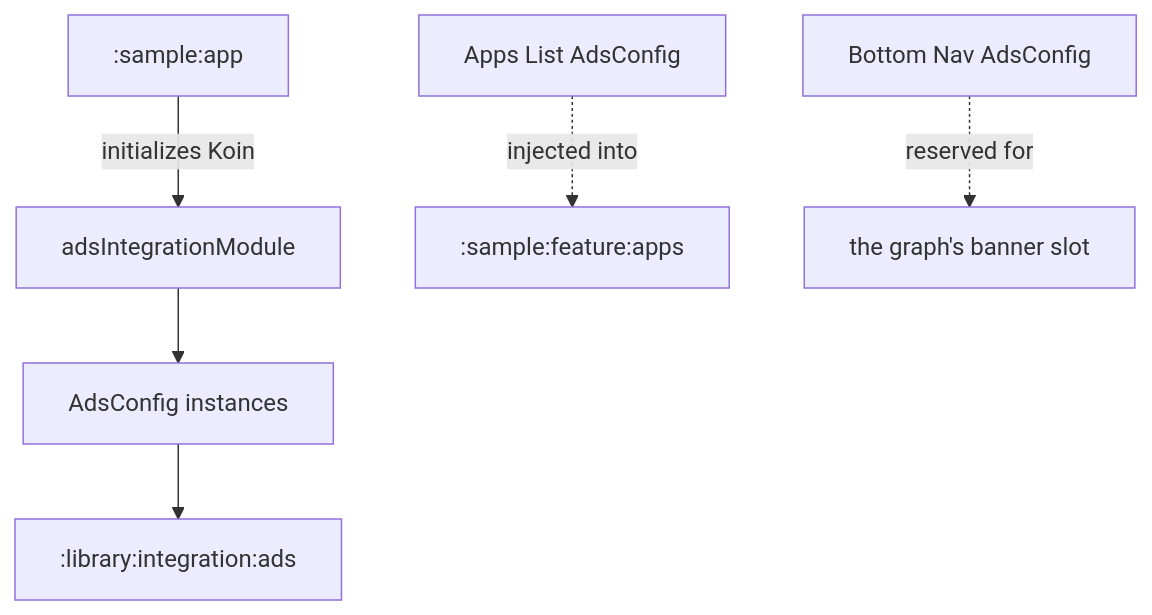
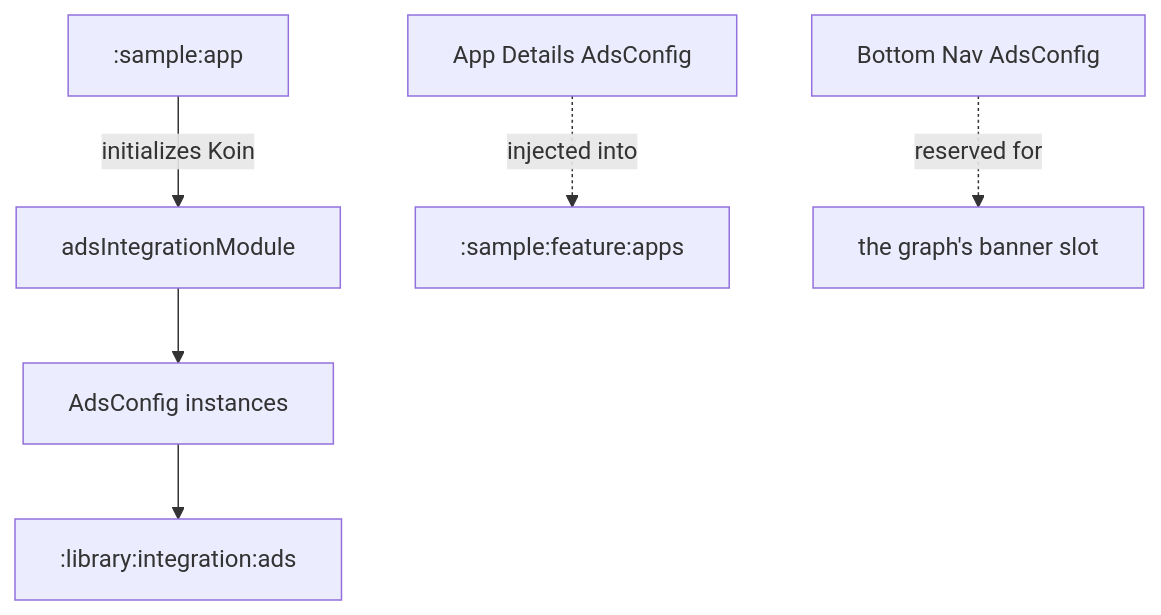
Before and after one commit to MihaiCristianCondrea/App-Toolkit-for-Android: the diagram in sample/integration/ads/README.md, drawn with Mermaid. The commit also changed other lines of this file and 101 other files, not shown here.

````diff
--- a/sample/integration/ads/README.md
+++ b/sample/integration/ads/README.md
@@ -32,8 +32,8 @@
 ```mermaid
 flowchart TD
     App[":sample:app"] -->|initializes Koin| Module[adsIntegrationModule]
     Module --> Configs[AdsConfig instances]
-    Config1[Apps List AdsConfig] -.->|injected into| FeatureApps[":sample:feature:apps"]
+    Config1[App Details AdsConfig] -.->|injected into| FeatureApps[":sample:feature:apps"]
     Config2[Bottom Nav AdsConfig] -.->|reserved for| Banner["the graph's banner slot"]
     Configs --> ToolkitAds[":library:integration:ads"]
 ```
````
